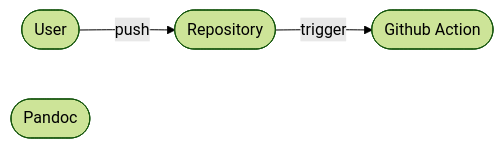
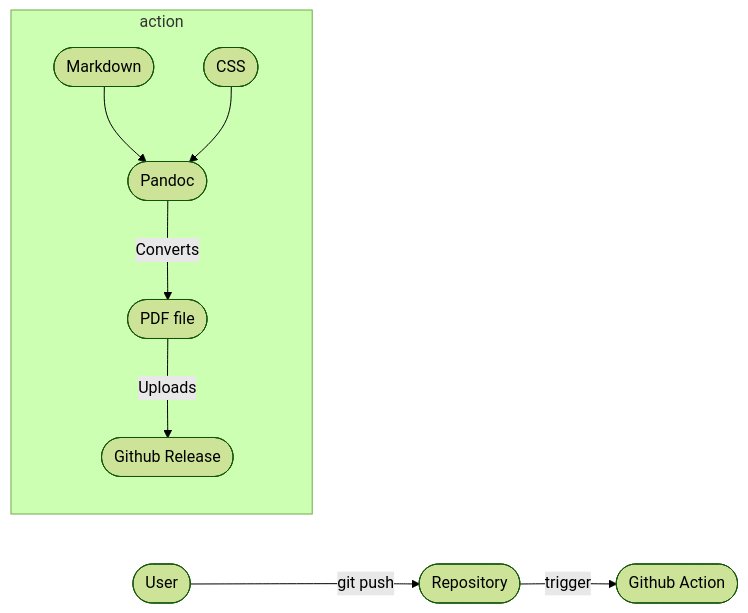
The first of 2 diagrams in content/blog/cicd-your-resume/index.md (ShaharNaveh/ShaharNaveh.github.io), drawn with Mermaid (forest theme) before and after one commit.

````diff
--- a/content/blog/cicd-your-resume/index.md
+++ b/content/blog/cicd-your-resume/index.md
@@ -17,9 +17,19 @@
 ```mermaid
 flowchart LR
   user([User])
   repository([Repository])
   action([Github Action])
   pandoc([Pandoc])
-  user-->|push|repository
-  repository-->|trigger|action
+  markdown([Markdown])
+  css([CSS])
+  pdf([PDF file])
+  release([Github Release])
+  user-- git push -->repository
+  repository-- trigger -->action
+  subgraph Github Action [action]
+    markdown-->pandoc
+    css-->pandoc
+    pandoc-- Converts -->pdf
+    pdf-- Uploads --> release
+  end
 ```
````
